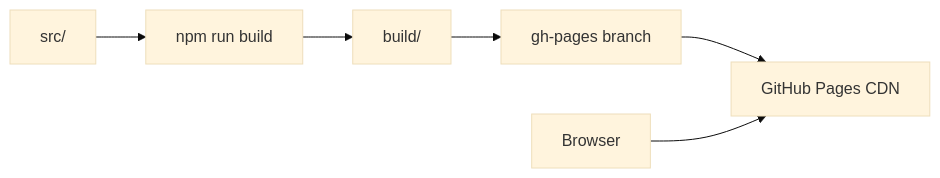
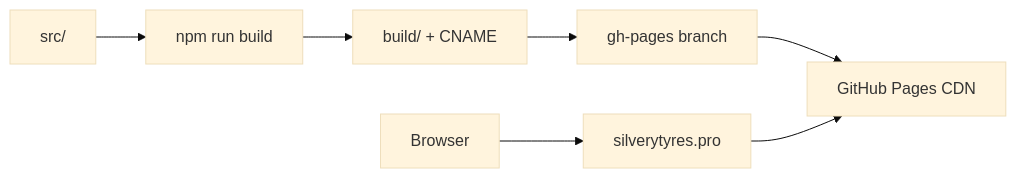
Before and after one commit to iscander-b10/tyres_discs: the diagram in docs/12-operations/github-pages.md, drawn with Mermaid (base theme). The commit also changed other lines of this file and 7 other files, not shown here.

First line of the commit message:
Сохранить CNAME кастомного домена при gh-pages deploy.

````diff
--- a/docs/12-operations/github-pages.md
+++ b/docs/12-operations/github-pages.md
@@ -50,8 +60,9 @@
 ```mermaid
 flowchart LR
   Src[src/] --> Build[npm run build]
-  Build --> Static[build/]
+  Build --> Static[build/ + CNAME]
   Static --> GH[gh-pages branch]
   GH --> Pages[GitHub Pages CDN]
-  Browser --> Pages
+  Browser --> Domain[silverytyres.pro]
+  Domain --> Pages
 ```
````
